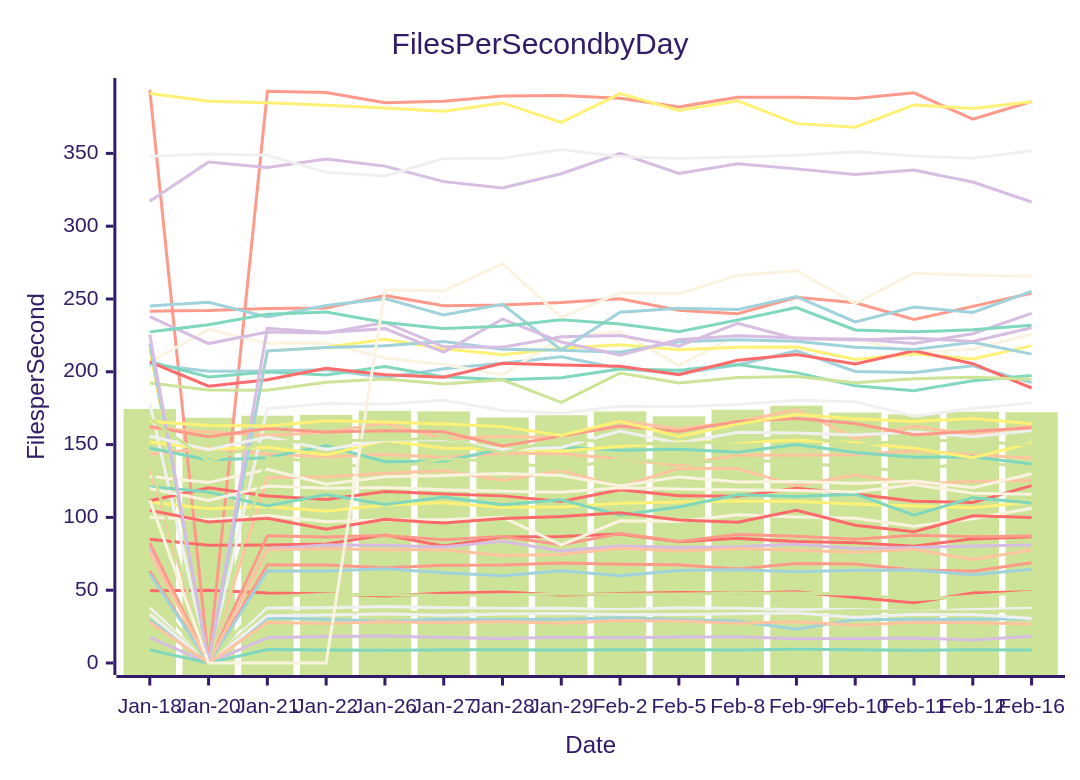
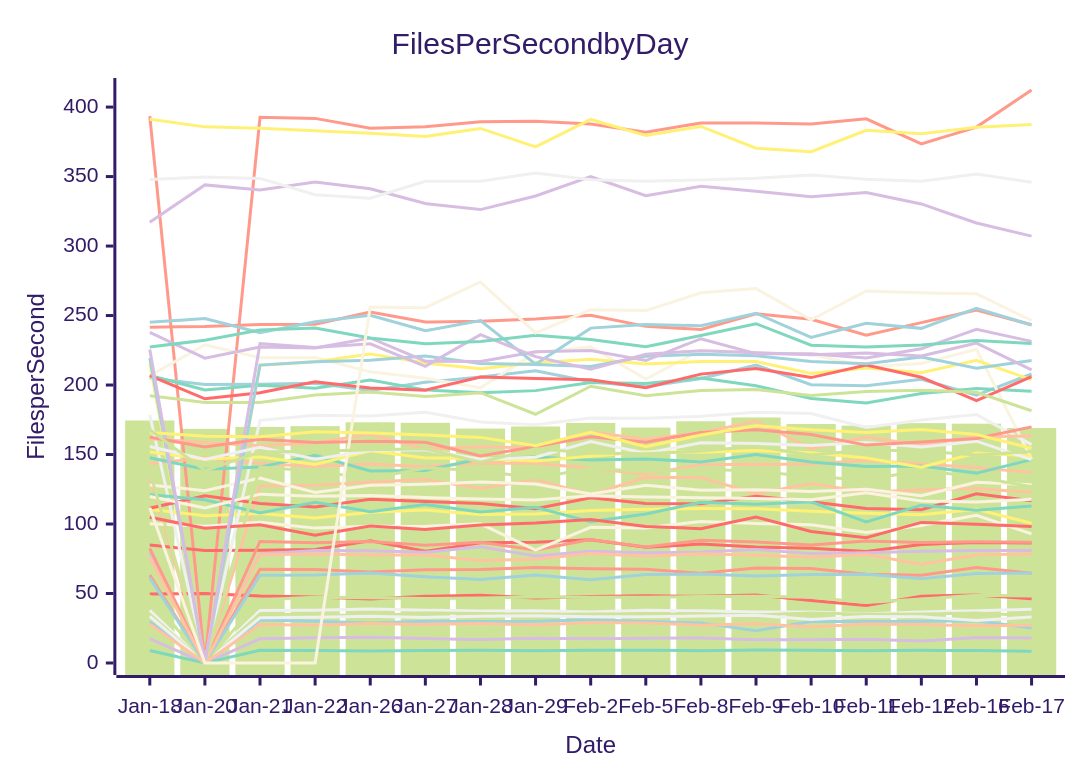
Before and after one commit to streetsidesoftware/cspell: the diagram in perf-report.md, drawn with Mermaid (forest theme). The commit also changed other lines of this file and 1 other file, not shown here.

````diff
--- a/perf-report.md
+++ b/perf-report.md
@@ -10,57 +10,57 @@
 ```mermaid
 xychart-beta
     title Files Per Second by Day
     y-axis Files per Second
-    x-axis Date [Jan-18, Jan-20, Jan-21, Jan-22, Jan-26, Jan-27, Jan-28, Jan-29, Feb-2, Feb-5, Feb-8, Feb-9, Feb-10, Feb-11, Feb-12, Feb-16]
-    bar [174.50, 168.43, 169.86, 170.44, 173.21, 172.82, 168.69, 170.17, 172.76, 169.39, 173.94, 176.68, 172.01, 170.80, 172.59, 172.20]
-    line [49.61, 49.98, 48.14, 47.57, 46.02, 47.96, 48.80, 46.78, 47.79, 48.42, 47.97, 48.95, 44.92, 41.33, 48.11, 48.93]
-    line [29.74, 0.00, 30.87, 30.00, 28.70, 30.12, 29.90, 29.99, 31.08, 29.80, 28.87, 23.26, 29.91, 29.82, 30.05, 30.35]
-    line [17.55, 0.00, 17.39, 18.17, 18.55, 17.57, 16.82, 17.76, 17.39, 17.79, 18.01, 16.74, 16.81, 17.17, 15.81, 18.35]
-    line [37.95, 0.00, 37.76, 37.89, 38.81, 37.93, 37.35, 37.58, 36.65, 37.87, 37.52, 36.62, 36.71, 35.21, 36.78, 37.62]
-    line [132.93, 0.00, 127.27, 127.81, 130.32, 132.03, 125.54, 132.09, 121.09, 133.64, 133.48, 121.84, 129.06, 122.93, 124.68, 125.50]
-    line [8.99, 0.00, 9.21, 8.99, 8.69, 9.06, 9.17, 8.90, 9.14, 9.10, 8.87, 9.39, 9.10, 8.79, 9.11, 8.93]
-    line [393.53, 0.00, 392.61, 391.87, 384.72, 385.87, 389.43, 389.76, 387.86, 381.95, 388.55, 388.50, 387.75, 391.57, 373.53, 385.59]
-    line [128.09, 123.93, 133.11, 122.76, 127.88, 128.69, 130.23, 128.77, 121.54, 127.82, 124.27, 124.62, 123.31, 125.03, 120.42, 129.98]
-    line [110.59, 105.90, 107.50, 104.30, 108.52, 110.13, 106.78, 107.20, 109.65, 110.63, 111.16, 110.94, 109.21, 107.83, 106.68, 110.60]
-    line [35.07, 0.00, 35.24, 34.68, 33.94, 35.92, 35.70, 34.97, 35.24, 35.24, 35.29, 34.51, 36.01, 35.10, 35.21, 35.98]
-    line [84.98, 80.87, 81.08, 81.74, 87.91, 80.34, 86.50, 86.84, 88.66, 83.22, 85.59, 83.52, 82.54, 80.25, 85.24, 86.74]
-    line [204.97, 200.41, 200.50, 201.35, 196.11, 202.03, 205.84, 210.33, 202.30, 198.84, 204.68, 214.35, 200.27, 199.54, 204.14, 192.69]
-    line [79.79, 0.00, 78.41, 81.03, 80.80, 79.69, 83.58, 77.01, 80.34, 79.32, 79.86, 81.63, 78.70, 79.41, 80.42, 80.99]
-    line [33.62, 0.00, 32.53, 32.97, 33.70, 32.82, 33.62, 33.93, 33.23, 33.25, 33.77, 34.38, 31.28, 33.43, 33.24, 30.53]
-    line [143.49, 147.59, 143.59, 141.42, 143.21, 141.20, 143.98, 143.78, 140.14, 135.87, 142.86, 142.75, 143.10, 145.82, 143.11, 140.65]
-    line [206.92, 196.43, 199.84, 197.78, 203.69, 196.52, 194.52, 195.98, 201.87, 201.12, 204.97, 199.43, 190.33, 187.01, 193.91, 197.53]
-    line [63.23, 0.00, 67.48, 67.27, 65.41, 67.07, 67.22, 68.71, 67.83, 67.42, 64.50, 68.29, 67.95, 63.94, 63.10, 68.79]
-    line [206.70, 229.01, 219.68, 219.77, 209.49, 204.94, 198.04, 223.32, 227.45, 204.37, 225.14, 223.42, 222.08, 213.20, 215.50, 225.73]
-    line [215.48, 0.00, 214.23, 216.83, 222.41, 215.81, 211.64, 216.10, 218.52, 215.06, 216.88, 216.99, 208.40, 212.31, 208.84, 217.81]
-    line [48.44, 0.00, 45.59, 47.24, 46.87, 46.43, 46.80, 47.45, 47.29, 47.35, 47.86, 48.05, 47.30, 43.46, 46.02, 48.76]
-    line [206.76, 190.09, 194.48, 202.39, 197.93, 196.32, 205.82, 204.70, 203.85, 198.04, 207.86, 211.91, 205.36, 214.41, 205.57, 188.86]
-    line [61.26, 0.00, 63.19, 63.24, 64.72, 62.00, 60.00, 63.28, 59.94, 63.60, 64.06, 62.64, 63.65, 63.88, 60.68, 64.42]
-    line [317.17, 344.00, 340.27, 346.07, 341.26, 330.59, 326.24, 336.05, 350.02, 336.18, 342.95, 339.36, 335.43, 338.51, 330.30, 316.59]
-    line [178.49, 0.00, 174.64, 178.29, 177.69, 180.46, 173.36, 171.47, 176.27, 176.08, 177.50, 180.37, 179.50, 169.53, 174.82, 178.71]
-    line [161.40, 158.69, 156.26, 158.43, 164.60, 154.09, 155.59, 154.71, 166.16, 160.94, 165.57, 174.04, 154.30, 162.65, 156.66, 162.87]
-    line [147.65, 139.36, 140.95, 149.41, 138.21, 138.55, 146.90, 148.25, 146.04, 146.87, 144.71, 150.09, 144.64, 141.32, 141.68, 136.63]
-    line [82.51, 0.00, 87.43, 86.48, 87.49, 84.71, 86.94, 81.29, 88.85, 83.51, 88.25, 87.06, 84.92, 87.81, 86.69, 87.24]
-    line [100.17, 98.43, 101.26, 97.05, 98.45, 98.30, 100.11, 81.16, 97.62, 97.16, 101.86, 100.35, 99.46, 93.91, 99.01, 106.34]
-    line [151.83, 146.83, 148.17, 142.81, 152.72, 147.54, 147.09, 145.41, 148.70, 151.93, 151.71, 152.93, 151.27, 147.55, 140.92, 151.13]
-    line [192.25, 187.45, 187.38, 192.87, 195.04, 191.69, 194.48, 178.97, 199.11, 192.32, 196.15, 196.80, 192.49, 195.28, 196.29, 194.83]
-    line [111.41, 120.28, 114.69, 112.28, 117.78, 116.14, 114.78, 110.96, 118.96, 114.84, 114.56, 119.99, 116.03, 111.12, 110.27, 121.81]
-    line [219.52, 0.00, 214.36, 216.75, 217.84, 220.87, 215.44, 214.77, 213.40, 220.70, 222.08, 221.01, 216.87, 215.38, 220.23, 212.12]
-    line [237.86, 219.38, 227.33, 226.70, 233.87, 217.12, 216.93, 224.01, 224.86, 217.64, 233.33, 222.49, 222.54, 219.50, 226.16, 240.10]
-    line [347.95, 349.61, 348.67, 336.98, 334.45, 346.57, 346.60, 352.58, 347.78, 346.57, 347.57, 348.75, 351.19, 348.15, 346.62, 351.78]
-    line [76.03, 0.00, 77.82, 78.41, 77.74, 77.78, 73.82, 74.60, 78.73, 76.88, 78.62, 77.47, 76.02, 78.07, 71.09, 77.64]
-    line [121.13, 117.45, 107.89, 115.63, 108.80, 113.98, 108.63, 112.03, 101.57, 107.21, 115.59, 114.29, 115.98, 101.55, 113.56, 109.85]
-    line [241.64, 242.10, 243.52, 243.78, 252.46, 245.33, 245.88, 247.56, 250.17, 242.23, 239.94, 251.24, 247.36, 235.88, 244.92, 253.98]
-    line [119.83, 111.61, 121.49, 119.94, 120.57, 119.01, 117.99, 117.30, 120.43, 119.43, 118.96, 118.43, 117.39, 122.51, 116.51, 115.88]
-    line [391.19, 385.76, 384.74, 382.99, 381.11, 378.87, 384.64, 371.32, 391.09, 379.53, 386.07, 370.43, 367.95, 383.26, 380.80, 385.48]
-    line [137.86, 0.00, 141.02, 138.02, 132.73, 140.24, 138.48, 133.03, 140.20, 137.55, 139.32, 138.06, 134.03, 131.86, 138.50, 133.91]
-    line [104.84, 96.90, 99.42, 91.88, 98.65, 96.11, 99.25, 100.66, 103.18, 98.24, 96.65, 104.96, 94.67, 90.15, 101.17, 99.92]
-    line [245.25, 247.79, 237.71, 245.48, 250.24, 239.03, 246.34, 215.04, 240.95, 243.60, 242.70, 251.69, 234.31, 244.51, 240.78, 255.22]
-    line [225.57, 0.00, 229.76, 226.99, 229.64, 213.50, 236.23, 220.41, 211.45, 222.13, 224.72, 223.26, 221.76, 223.13, 220.88, 230.21]
-    line [155.73, 146.52, 155.23, 146.60, 152.95, 153.44, 146.68, 148.04, 159.34, 150.93, 158.41, 157.97, 156.56, 158.71, 155.41, 159.62]
-    line [27.92, 0.00, 27.74, 27.10, 28.41, 27.77, 28.43, 27.26, 29.20, 28.78, 27.22, 28.25, 25.94, 28.04, 27.66, 26.73]
-    line [227.41, 232.25, 239.53, 241.09, 233.83, 229.73, 231.27, 235.75, 232.76, 227.56, 235.60, 244.14, 228.71, 227.46, 228.82, 232.02]
-    line [162.52, 155.39, 161.05, 158.62, 159.47, 158.84, 149.03, 155.81, 162.82, 158.93, 165.88, 167.89, 164.45, 156.78, 159.08, 161.56]
-    line [111.74, 0.00, 0.00, 0.00, 256.11, 255.68, 274.20, 237.51, 254.20, 253.57, 266.34, 269.39, 246.86, 267.66, 266.35, 265.66]
-    line [165.83, 163.17, 162.82, 166.39, 165.48, 164.06, 162.34, 156.27, 166.07, 155.61, 164.06, 170.66, 167.78, 165.93, 167.97, 164.38]
-    line [167.84, 138.47, 151.83, 152.31, 153.48, 154.19, 144.39, 154.19, 151.10, 150.58, 152.48, 156.02, 149.70, 153.17, 152.51, 149.58]
+    x-axis Date [Jan-18, Jan-20, Jan-21, Jan-22, Jan-26, Jan-27, Jan-28, Jan-29, Feb-2, Feb-5, Feb-8, Feb-9, Feb-10, Feb-11, Feb-12, Feb-16, Feb-17]
+    bar [174.50, 168.43, 169.86, 170.44, 173.21, 172.82, 168.69, 170.17, 172.76, 169.39, 173.94, 176.68, 172.01, 170.80, 172.59, 172.20, 169.05]
+    line [49.61, 49.98, 48.14, 47.57, 46.02, 47.96, 48.80, 46.78, 47.79, 48.42, 47.97, 48.95, 44.92, 41.33, 48.11, 48.93, 46.18]
+    line [29.74, 0.00, 30.87, 30.00, 28.70, 30.12, 29.90, 29.99, 31.08, 29.80, 28.87, 23.26, 29.91, 29.82, 30.05, 30.35, 25.18]
+    line [17.55, 0.00, 17.39, 18.17, 18.55, 17.57, 16.82, 17.76, 17.39, 17.79, 18.01, 16.74, 16.81, 17.17, 15.81, 18.35, 18.06]
+    line [37.95, 0.00, 37.76, 37.89, 38.81, 37.93, 37.35, 37.58, 36.65, 37.87, 37.52, 36.62, 36.71, 35.21, 36.78, 37.62, 38.71]
+    line [132.93, 0.00, 127.27, 127.81, 130.32, 132.03, 125.54, 132.09, 121.09, 133.64, 133.48, 121.84, 129.06, 122.93, 124.68, 125.50, 122.69]
+    line [8.99, 0.00, 9.21, 8.99, 8.69, 9.06, 9.17, 8.90, 9.14, 9.10, 8.87, 9.39, 9.10, 8.79, 9.11, 8.93, 8.45]
+    line [393.53, 0.00, 392.61, 391.87, 384.72, 385.87, 389.43, 389.76, 387.86, 381.95, 388.55, 388.50, 387.75, 391.57, 373.53, 385.59, 412.29]
+    line [128.09, 123.93, 133.11, 122.76, 127.88, 128.69, 130.23, 128.77, 121.54, 127.82, 124.27, 124.62, 123.31, 125.03, 120.42, 129.98, 128.17]
+    line [110.59, 105.90, 107.50, 104.30, 108.52, 110.13, 106.78, 107.20, 109.65, 110.63, 111.16, 110.94, 109.21, 107.83, 106.68, 110.60, 100.51]
+    line [35.07, 0.00, 35.24, 34.68, 33.94, 35.92, 35.70, 34.97, 35.24, 35.24, 35.29, 34.51, 36.01, 35.10, 35.21, 35.98, 34.03]
+    line [84.98, 80.87, 81.08, 81.74, 87.91, 80.34, 86.50, 86.84, 88.66, 83.22, 85.59, 83.52, 82.54, 80.25, 85.24, 86.74, 86.33]
+    line [204.97, 200.41, 200.50, 201.35, 196.11, 202.03, 205.84, 210.33, 202.30, 198.84, 204.68, 214.35, 200.27, 199.54, 204.14, 192.69, 207.96]
+    line [79.79, 0.00, 78.41, 81.03, 80.80, 79.69, 83.58, 77.01, 80.34, 79.32, 79.86, 81.63, 78.70, 79.41, 80.42, 80.99, 80.87]
+    line [33.62, 0.00, 32.53, 32.97, 33.70, 32.82, 33.62, 33.93, 33.23, 33.25, 33.77, 34.38, 31.28, 33.43, 33.24, 30.53, 33.06]
+    line [143.49, 147.59, 143.59, 141.42, 143.21, 141.20, 143.98, 143.78, 140.14, 135.87, 142.86, 142.75, 143.10, 145.82, 143.11, 140.65, 136.98]
+    line [206.92, 196.43, 199.84, 197.78, 203.69, 196.52, 194.52, 195.98, 201.87, 201.12, 204.97, 199.43, 190.33, 187.01, 193.91, 197.53, 195.61]
+    line [63.23, 0.00, 67.48, 67.27, 65.41, 67.07, 67.22, 68.71, 67.83, 67.42, 64.50, 68.29, 67.95, 63.94, 63.10, 68.79, 64.55]
+    line [206.70, 229.01, 219.68, 219.77, 209.49, 204.94, 198.04, 223.32, 227.45, 204.37, 225.14, 223.42, 222.08, 213.20, 215.50, 225.73, 146.67]
+    line [215.48, 0.00, 214.23, 216.83, 222.41, 215.81, 211.64, 216.10, 218.52, 215.06, 216.88, 216.99, 208.40, 212.31, 208.84, 217.81, 203.67]
+    line [48.44, 0.00, 45.59, 47.24, 46.87, 46.43, 46.80, 47.45, 47.29, 47.35, 47.86, 48.05, 47.30, 43.46, 46.02, 48.76, 48.12]
+    line [206.76, 190.09, 194.48, 202.39, 197.93, 196.32, 205.82, 204.70, 203.85, 198.04, 207.86, 211.91, 205.36, 214.41, 205.57, 188.86, 205.99]
+    line [61.26, 0.00, 63.19, 63.24, 64.72, 62.00, 60.00, 63.28, 59.94, 63.60, 64.06, 62.64, 63.65, 63.88, 60.68, 64.42, 64.67]
+    line [317.17, 344.00, 340.27, 346.07, 341.26, 330.59, 326.24, 336.05, 350.02, 336.18, 342.95, 339.36, 335.43, 338.51, 330.30, 316.59, 307.16]
+    line [178.49, 0.00, 174.64, 178.29, 177.69, 180.46, 173.36, 171.47, 176.27, 176.08, 177.50, 180.37, 179.50, 169.53, 174.82, 178.71, 157.16]
+    line [161.40, 158.69, 156.26, 158.43, 164.60, 154.09, 155.59, 154.71, 166.16, 160.94, 165.57, 174.04, 154.30, 162.65, 156.66, 162.87, 163.28]
+    line [147.65, 139.36, 140.95, 149.41, 138.21, 138.55, 146.90, 148.25, 146.04, 146.87, 144.71, 150.09, 144.64, 141.32, 141.68, 136.63, 146.33]
+    line [82.51, 0.00, 87.43, 86.48, 87.49, 84.71, 86.94, 81.29, 88.85, 83.51, 88.25, 87.06, 84.92, 87.81, 86.69, 87.24, 86.95]
+    line [100.17, 98.43, 101.26, 97.05, 98.45, 98.30, 100.11, 81.16, 97.62, 97.16, 101.86, 100.35, 99.46, 93.91, 99.01, 106.34, 92.91]
+    line [151.83, 146.83, 148.17, 142.81, 152.72, 147.54, 147.09, 145.41, 148.70, 151.93, 151.71, 152.93, 151.27, 147.55, 140.92, 151.13, 148.98]
+    line [192.25, 187.45, 187.38, 192.87, 195.04, 191.69, 194.48, 178.97, 199.11, 192.32, 196.15, 196.80, 192.49, 195.28, 196.29, 194.83, 181.50]
+    line [111.41, 120.28, 114.69, 112.28, 117.78, 116.14, 114.78, 110.96, 118.96, 114.84, 114.56, 119.99, 116.03, 111.12, 110.27, 121.81, 116.79]
+    line [219.52, 0.00, 214.36, 216.75, 217.84, 220.87, 215.44, 214.77, 213.40, 220.70, 222.08, 221.01, 216.87, 215.38, 220.23, 212.12, 217.61]
+    line [237.86, 219.38, 227.33, 226.70, 233.87, 217.12, 216.93, 224.01, 224.86, 217.64, 233.33, 222.49, 222.54, 219.50, 226.16, 240.10, 231.43]
+    line [347.95, 349.61, 348.67, 336.98, 334.45, 346.57, 346.60, 352.58, 347.78, 346.57, 347.57, 348.75, 351.19, 348.15, 346.62, 351.78, 345.97]
+    line [76.03, 0.00, 77.82, 78.41, 77.74, 77.78, 73.82, 74.60, 78.73, 76.88, 78.62, 77.47, 76.02, 78.07, 71.09, 77.64, 78.59]
+    line [121.13, 117.45, 107.89, 115.63, 108.80, 113.98, 108.63, 112.03, 101.57, 107.21, 115.59, 114.29, 115.98, 101.55, 113.56, 109.85, 112.91]
+    line [241.64, 242.10, 243.52, 243.78, 252.46, 245.33, 245.88, 247.56, 250.17, 242.23, 239.94, 251.24, 247.36, 235.88, 244.92, 253.98, 243.33]
+    line [119.83, 111.61, 121.49, 119.94, 120.57, 119.01, 117.99, 117.30, 120.43, 119.43, 118.96, 118.43, 117.39, 122.51, 116.51, 115.88, 117.89]
+    line [391.19, 385.76, 384.74, 382.99, 381.11, 378.87, 384.64, 371.32, 391.09, 379.53, 386.07, 370.43, 367.95, 383.26, 380.80, 385.48, 387.49]
+    line [137.86, 0.00, 141.02, 138.02, 132.73, 140.24, 138.48, 133.03, 140.20, 137.55, 139.32, 138.06, 134.03, 131.86, 138.50, 133.91, 126.78]
+    line [104.84, 96.90, 99.42, 91.88, 98.65, 96.11, 99.25, 100.66, 103.18, 98.24, 96.65, 104.96, 94.67, 90.15, 101.17, 99.92, 98.19]
+    line [245.25, 247.79, 237.71, 245.48, 250.24, 239.03, 246.34, 215.04, 240.95, 243.60, 242.70, 251.69, 234.31, 244.51, 240.78, 255.22, 243.18]
+    line [225.57, 0.00, 229.76, 226.99, 229.64, 213.50, 236.23, 220.41, 211.45, 222.13, 224.72, 223.26, 221.76, 223.13, 220.88, 230.21, 210.91]
+    line [155.73, 146.52, 155.23, 146.60, 152.95, 153.44, 146.68, 148.04, 159.34, 150.93, 158.41, 157.97, 156.56, 158.71, 155.41, 159.62, 146.37]
+    line [27.92, 0.00, 27.74, 27.10, 28.41, 27.77, 28.43, 27.26, 29.20, 28.78, 27.22, 28.25, 25.94, 28.04, 27.66, 26.73, 27.24]
+    line [227.41, 232.25, 239.53, 241.09, 233.83, 229.73, 231.27, 235.75, 232.76, 227.56, 235.60, 244.14, 228.71, 227.46, 228.82, 232.02, 229.85]
+    line [162.52, 155.39, 161.05, 158.62, 159.47, 158.84, 149.03, 155.81, 162.82, 158.93, 165.88, 167.89, 164.45, 156.78, 159.08, 161.56, 169.88]
+    line [111.74, 0.00, 0.00, 0.00, 256.11, 255.68, 274.20, 237.51, 254.20, 253.57, 266.34, 269.39, 246.86, 267.66, 266.35, 265.66, 246.44]
+    line [165.83, 163.17, 162.82, 166.39, 165.48, 164.06, 162.34, 156.27, 166.07, 155.61, 164.06, 170.66, 167.78, 165.93, 167.97, 164.38, 154.52]
+    line [167.84, 138.47, 151.83, 152.31, 153.48, 154.19, 144.39, 154.19, 151.10, 150.58, 152.48, 156.02, 149.70, 153.17, 152.51, 149.58, 152.15]
 ```
````
